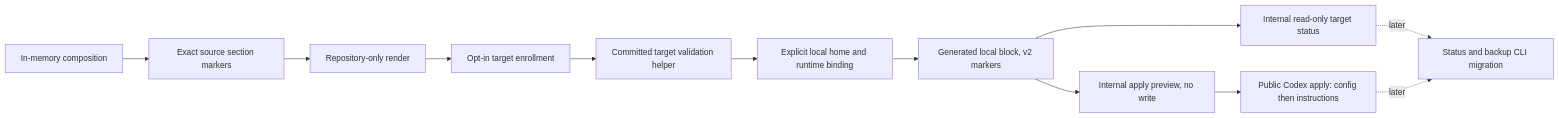
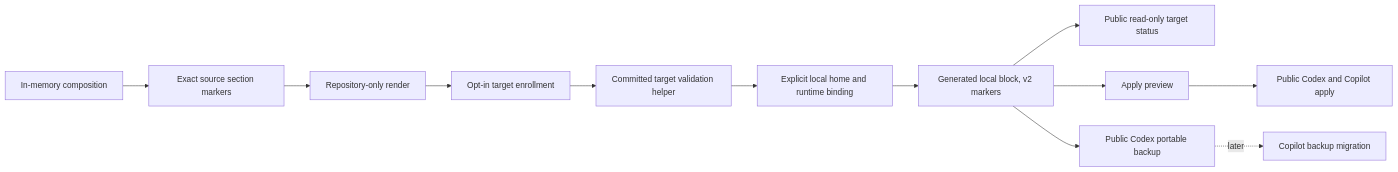
One commit to ferrywlto/ai-env-as-code changed the ninth of 9 diagrams in docs/shared-instructions-design.md. Above: the diagram before and after it, drawn with Mermaid. The commit also changed other lines of this file and 12 other files, not shown here.

Commit message:
feat: migrate Codex backup to portable sources

````diff
--- a/docs/shared-instructions-design.md
+++ b/docs/shared-instructions-design.md
@@ -325,14 +328,14 @@
 ```mermaid
 flowchart LR
     Compose[In-memory composition] --> Sections[Exact source section markers]
     Sections --> Render[Repository-only render]
     Render --> Enrollment[Opt-in target enrollment]
     Enrollment --> Validation[Committed target validation helper]
     Validation --> Local[Explicit local home and runtime binding]
     Local --> Block[Generated local block, v2 markers]
-    Block --> Inspect[Internal read-only target status]
-    Block --> Preview[Internal apply preview, no write]
-    Preview --> Writer[Public Codex apply: config then instructions]
-    Inspect -.->|later| Directional[Status and backup CLI migration]
-    Writer -.->|later| Directional
+    Block --> Inspect[Public read-only target status]
+    Block --> Preview[Apply preview]
+    Preview --> Writer[Public Codex and Copilot apply]
+    Block --> Backup[Public Codex portable backup]
+    Backup -.->|later| Copilot[Copilot backup migration]
 ```
````
